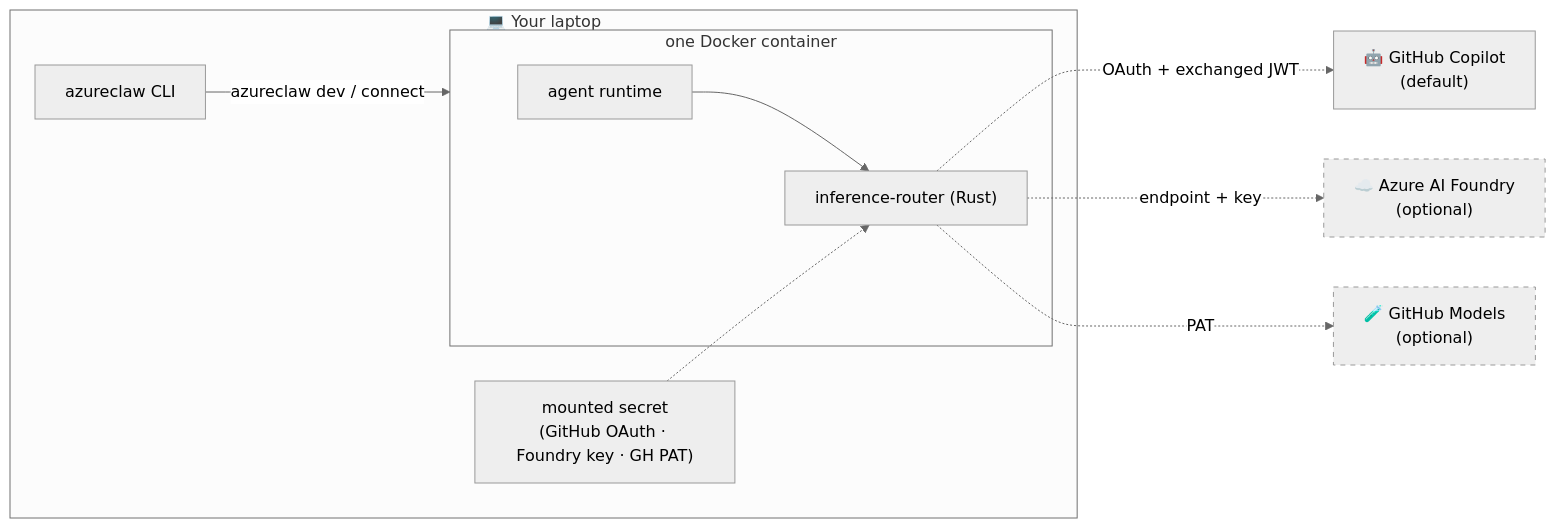
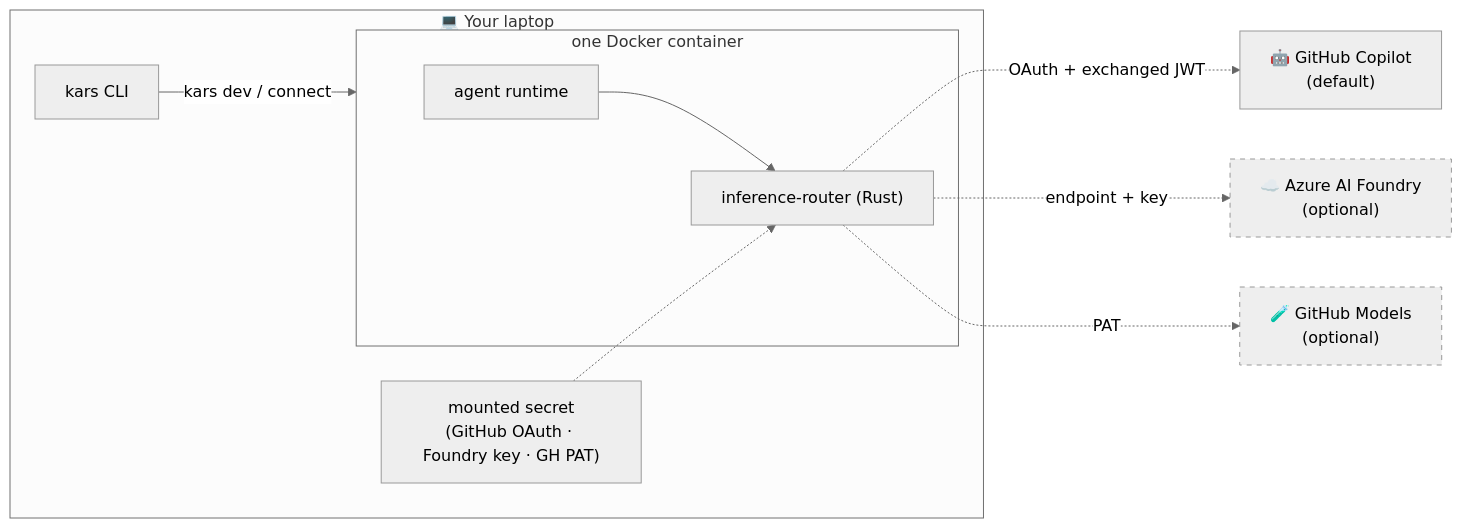
Before and after one commit to lachie83/kars: the first of 2 diagrams in docs/blueprints/01-developer-inner-loop.md, drawn with Mermaid (neutral theme). The commit also changed other lines of this file and 694 other files, not shown here.

````diff
--- a/docs/blueprints/01-developer-inner-loop.md
+++ b/docs/blueprints/01-developer-inner-loop.md
@@ -17,22 +17,22 @@
 ```mermaid
 flowchart LR
   subgraph Laptop["💻 Your laptop"]
-    CLI["azureclaw CLI"]
+    CLI["kars CLI"]
     subgraph Container["one Docker container"]
       Agent["agent runtime"]
       Router["inference-router (Rust)"]
       Agent --> Router
     end
     Secret["mounted secret<br/>(GitHub OAuth · Foundry key · GH PAT)"]
     Secret -.-> Router
-    CLI -->|azureclaw dev / connect| Container
+    CLI -->|kars dev / connect| Container
   end
   Copilot["🤖 GitHub Copilot<br/>(default)"]
   Foundry["☁️ Azure AI Foundry<br/>(optional)"]
   Models["🧪 GitHub Models<br/>(optional)"]
   Router -.->|"OAuth + exchanged JWT"| Copilot
   Router -.->|"endpoint + key"| Foundry
   Router -.->|"PAT"| Models
   classDef opt stroke-dasharray:5 5
   class Foundry,Models opt
 ```
````
